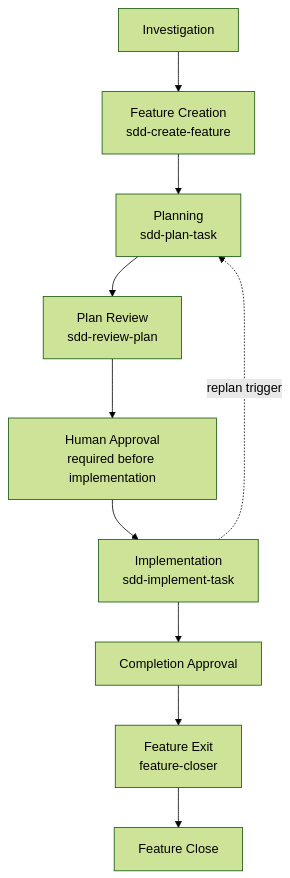
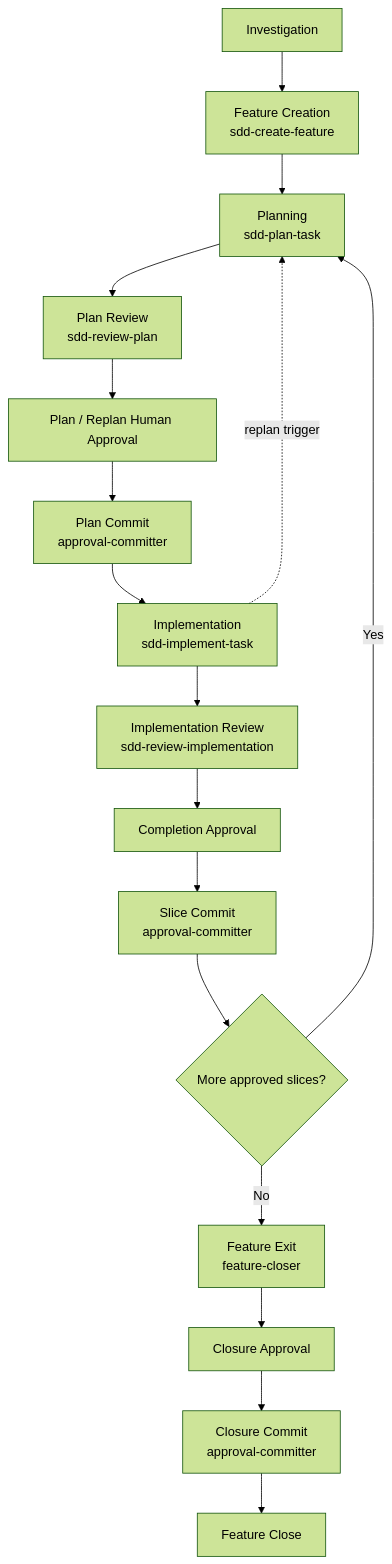
The diagram in docs/specs/README.md (kittybbit/vscode-ajsbutler), drawn with Mermaid (forest theme) before and after one commit. The commit also changed other lines of this file and 21 other files, not shown here.

Commit message:
docs(sdd): enforce approval-gated commits

````diff
--- a/docs/specs/README.md
+++ b/docs/specs/README.md
@@ -28,12 +28,19 @@
 ```mermaid
 flowchart TD
     A["Investigation"] --> B["Feature Creation<br/>sdd-create-feature"]
     B --> C["Planning<br/>sdd-plan-task"]
     C --> D["Plan Review<br/>sdd-review-plan"]
-    D --> E["Human Approval<br/>required before implementation"]
-    E --> F["Implementation<br/>sdd-implement-task"]
-    F --> G["Completion Approval"]
-    G --> H["Feature Exit<br/>feature-closer"]
-    H --> I["Feature Close"]
-    F -. "replan trigger" .-> C
+    D --> E["Plan / Replan Human Approval"]
+    E --> F["Plan Commit<br/>approval-committer"]
+    F --> G["Implementation<br/>sdd-implement-task"]
+    G --> H["Implementation Review<br/>sdd-review-implementation"]
+    H --> I["Completion Approval"]
+    I --> J["Slice Commit<br/>approval-committer"]
+    J --> K{"More approved slices?"}
+    K -->|"Yes"| C
+    K -->|"No"| L["Feature Exit<br/>feature-closer"]
+    L --> M["Closure Approval"]
+    M --> N["Closure Commit<br/>approval-committer"]
+    N --> O["Feature Close"]
+    G -. "replan trigger" .-> C
 ```
````
